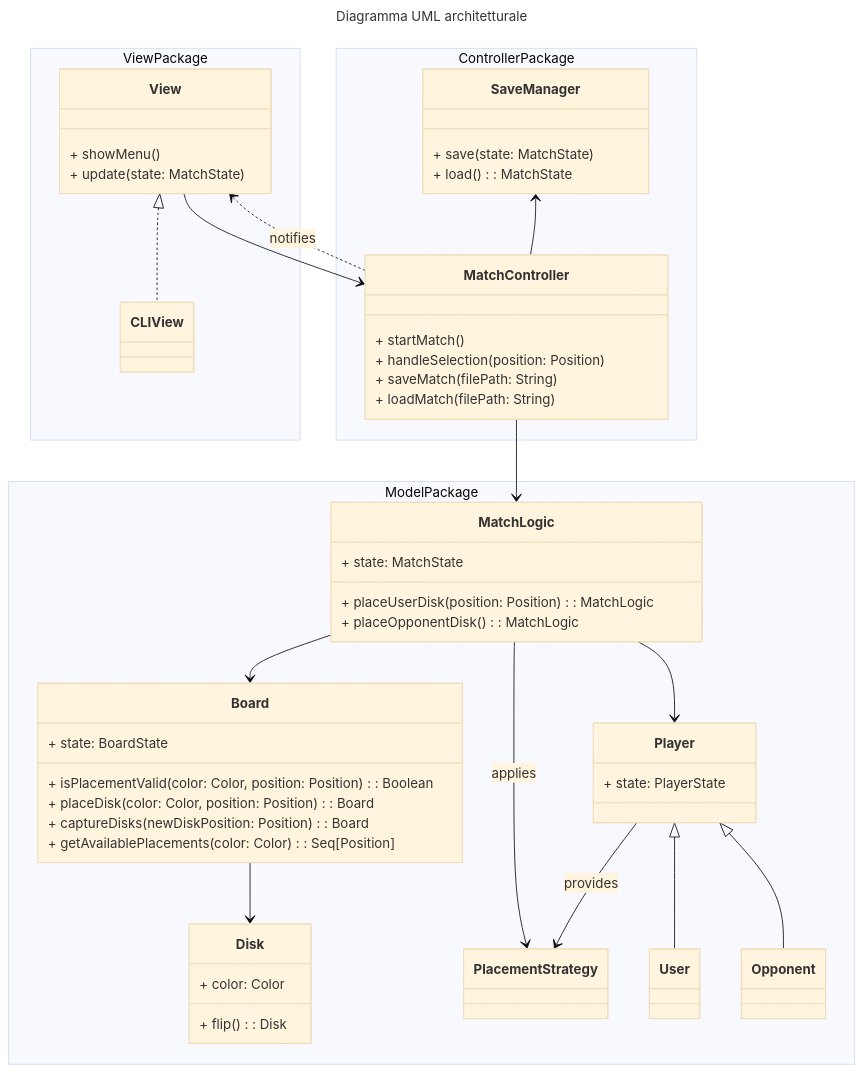
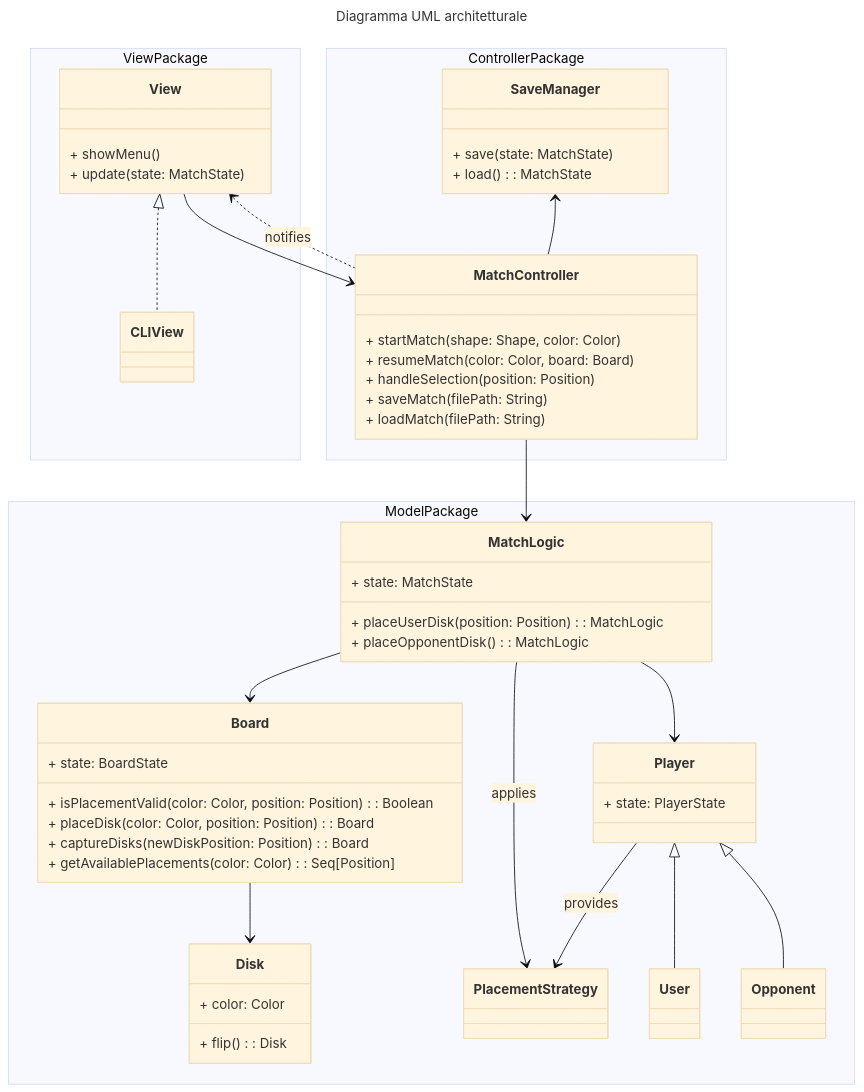
The first of 3 diagrams in docs/report/4-architectural-design.md (Borgotto/PPS-25-scalatello), drawn with Mermaid (base theme) before and after one commit. The commit also changed 1 other file, not shown here.

Commit message:
Refactor: MatchController design
- add function parameters to startMatch
- add resumeMatchFunction

````diff
--- a/docs/report/4-architectural-design.md
+++ b/docs/report/4-architectural-design.md
@@ -15,67 +15,68 @@
 ```mermaid
 ---
 title: Diagramma UML architetturale
 ---
 classDiagram
   namespace ViewPackage {
     class View {
       + showMenu()
       + update(state: MatchState)
     }
     class CLIView
   }
   namespace ControllerPackage {
     class MatchController {
-      + startMatch()
+      + startMatch(shape: Shape, color: Color)
+      + resumeMatch(color: Color, board: Board)
       + handleSelection(position: Position)
       + saveMatch(filePath: String)
       + loadMatch(filePath: String)
     }
     class SaveManager {
       + save(state: MatchState)
       + load(): MatchState
     }
   }
   namespace ModelPackage {
     class MatchLogic {
       + state: MatchState
       + placeUserDisk(position: Position): MatchLogic
       + placeOpponentDisk(): MatchLogic
     }
     class Board {
       + state: BoardState
       + isPlacementValid(color: Color, position: Position): Boolean
       + placeDisk(color: Color, position: Position): Board
       + captureDisks(newDiskPosition: Position): Board
       + getAvailablePlacements(color: Color): Seq[Position]
     }
     class Disk {
       + color: Color
       + flip(): Disk
     }
     class Player {
       + state: PlayerState
     }
     class PlacementStrategy
     class User
     class Opponent
   }
 
     MatchLogic --> Board
     MatchLogic --> Player
     MatchLogic --> PlacementStrategy: applies
 
     Player <|-- User
     Player <|-- Opponent
 
     Player --> PlacementStrategy : provides
 
     Board --> Disk
 
     View --> MatchController
     MatchController ..> View : notifies
     MatchController --> MatchLogic
     SaveManager <-- MatchController
 
     View <|.. CLIView
 ```
````
